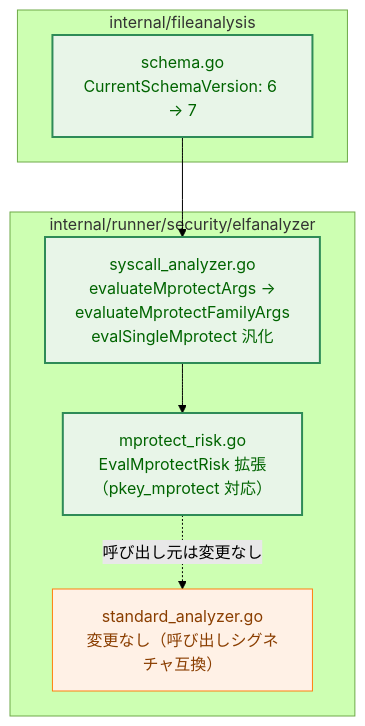
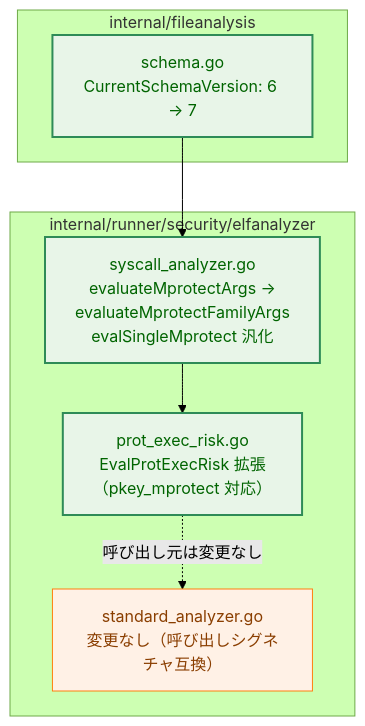
One commit to isseis/go-safe-cmd-runner changed the third of 5 diagrams in docs/tasks/0081_pkey_mprotect_detection/02_architecture.md. Above: the diagram before and after it, drawn with Mermaid (forest theme). The commit also changed other lines of this file and 3 other files, not shown here.

First line of the commit message:
docs(0081): rename EvalMprotectRisk to EvalProtExecRisk

````diff
--- a/docs/tasks/0081_pkey_mprotect_detection/02_architecture.md
+++ b/docs/tasks/0081_pkey_mprotect_detection/02_architecture.md
@@ -64,23 +64,23 @@
 ```mermaid
 graph TB
     classDef data fill:#e6f7ff,stroke:#1f77b4,stroke-width:1px,color:#0b3d91;
     classDef process fill:#fff1e6,stroke:#ff7f0e,stroke-width:1px,color:#8a3e00;
     classDef enhanced fill:#e8f5e8,stroke:#2e8b57,stroke-width:2px,color:#006400;
 
     subgraph "internal/fileanalysis"
         SCH["schema.go<br>CurrentSchemaVersion: 6 → 7"]
     end
 
     subgraph "internal/runner/security/elfanalyzer"
         SA2["syscall_analyzer.go<br>evaluateMprotectArgs →<br>evaluateMprotectFamilyArgs<br>evalSingleMprotect 汎化"]
-        EMR2["mprotect_risk.go<br>EvalMprotectRisk 拡張<br>（pkey_mprotect 対応）"]
+        EMR2["prot_exec_risk.go<br>EvalProtExecRisk 拡張<br>（pkey_mprotect 対応）"]
         STDA["standard_analyzer.go<br>変更なし（呼び出しシグネチャ互換）"]
     end
 
     SCH --> SA2
     SA2 --> EMR2
     EMR2 -.->|"呼び出し元は変更なし"| STDA
 
     class SCH,SA2,EMR2 enhanced;
     class STDA process;
 ```
````
